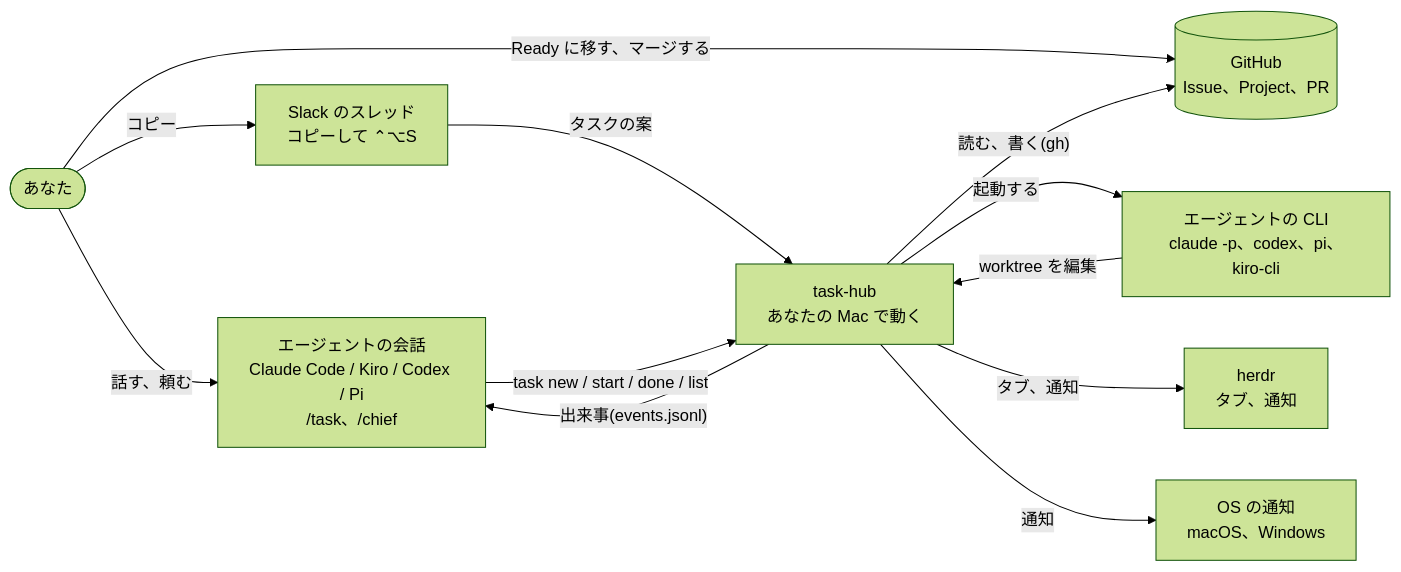
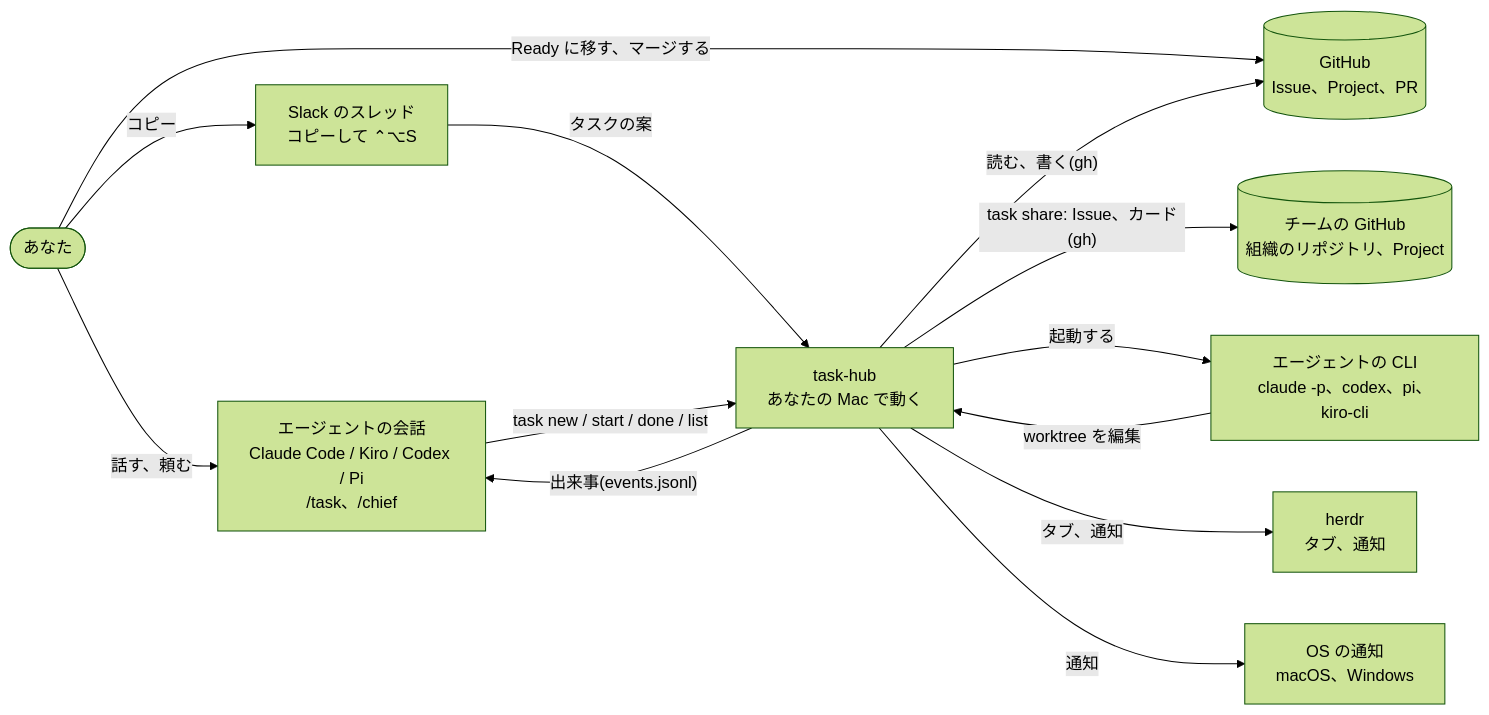
Before and after one commit to jyoka/task-hub: the first of 6 diagrams in docs/architecture/hld.md, drawn with Mermaid (forest theme). The commit also changed other lines of this file and 8 other files, not shown here.

Commit message:
task 119: task share (1/2): 選んだタスクをチームの Issue と Project に出す

````diff
--- a/docs/architecture/hld.md
+++ b/docs/architecture/hld.md
@@ -20,23 +21,25 @@
 ```mermaid
 flowchart LR
     you(["あなた"])
     chat["エージェントの会話<br/>Claude Code / Kiro / Codex / Pi<br/>/task、/chief"]
     slack["Slack のスレッド<br/>コピーして ⌃⌥S"]
     th["task-hub<br/>あなたの Mac で動く"]
     gh[("GitHub<br/>Issue、Project、PR")]
+    team[("チームの GitHub<br/>組織のリポジトリ、Project")]
     agents["エージェントの CLI<br/>claude -p、codex、pi、kiro-cli"]
     herdr["herdr<br/>タブ、通知"]
     os["OS の通知<br/>macOS、Windows"]
 
     you -- "話す、頼む" --> chat
     you -- "Ready に移す、マージする" --> gh
     you -- "コピー" --> slack
     slack -- "タスクの案" --> th
     chat -- "task new / start / done / list" --> th
     th -- "読む、書く(gh)" --> gh
+    th -- "task share: Issue、カード(gh)" --> team
     th -- "起動する" --> agents
     agents -- "worktree を編集" --> th
     th -- "タブ、通知" --> herdr
     th -- "通知" --> os
     th -- "出来事(events.jsonl)" --> chat
 ```
````
